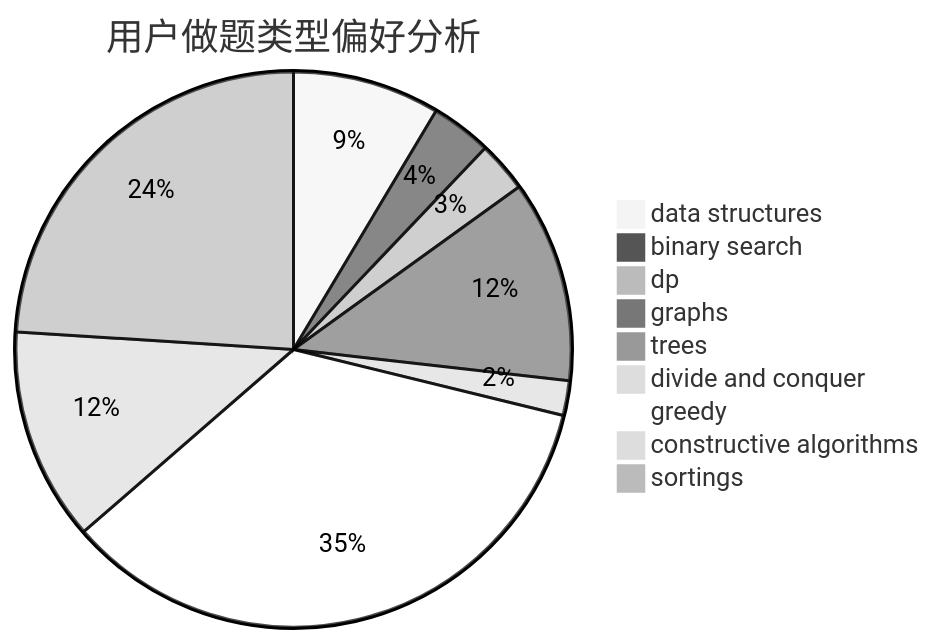
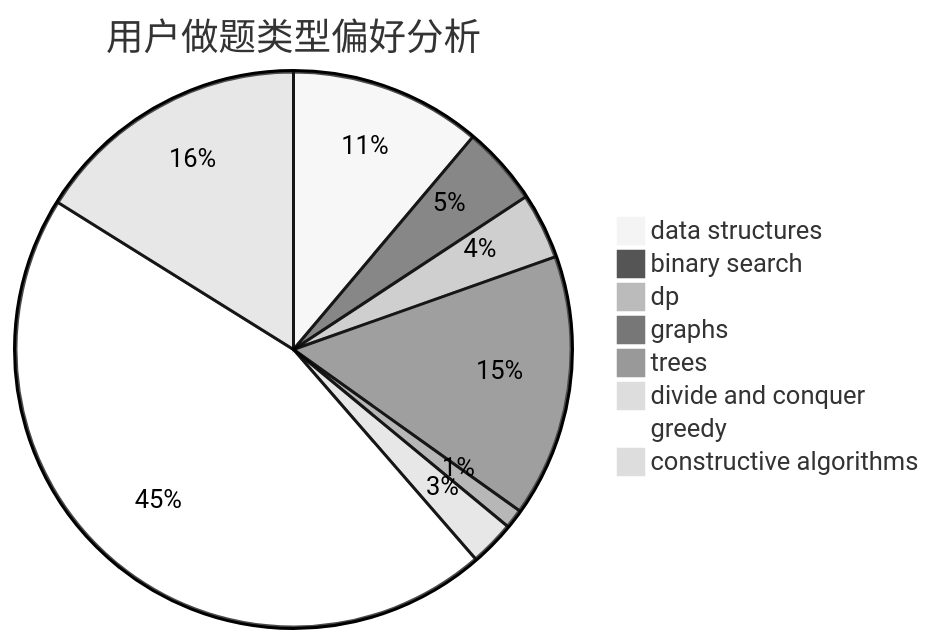
One commit to sherpahu/cfrs.github.io changed the second of 3 diagrams in docs/user/u67.md. Above: the diagram before and after it, drawn with Mermaid (neutral theme). The commit also changed other lines of this file and 2769 other files, not shown here.

````diff
--- a/docs/user/u67.md
+++ b/docs/user/u67.md
@@ -18,12 +18,11 @@
 ```mermaid
 pie title 用户做题类型偏好分析
     "data structures" :  119
     "binary search" :  49
     "dp" :  41
     "graphs" :  163
     "trees" :  12
     "divide and conquer" :  28
     "greedy" :  483
     "constructive algorithms" :  172
-    "sortings" :  333
 ```
````
